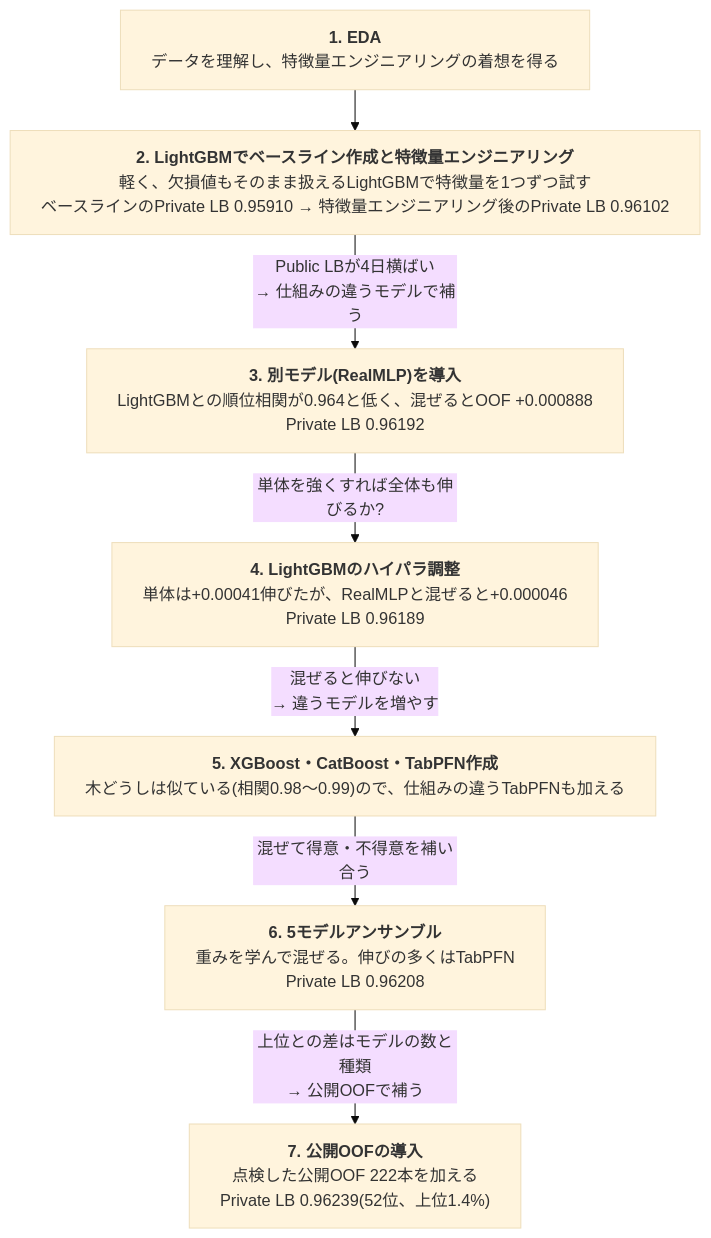
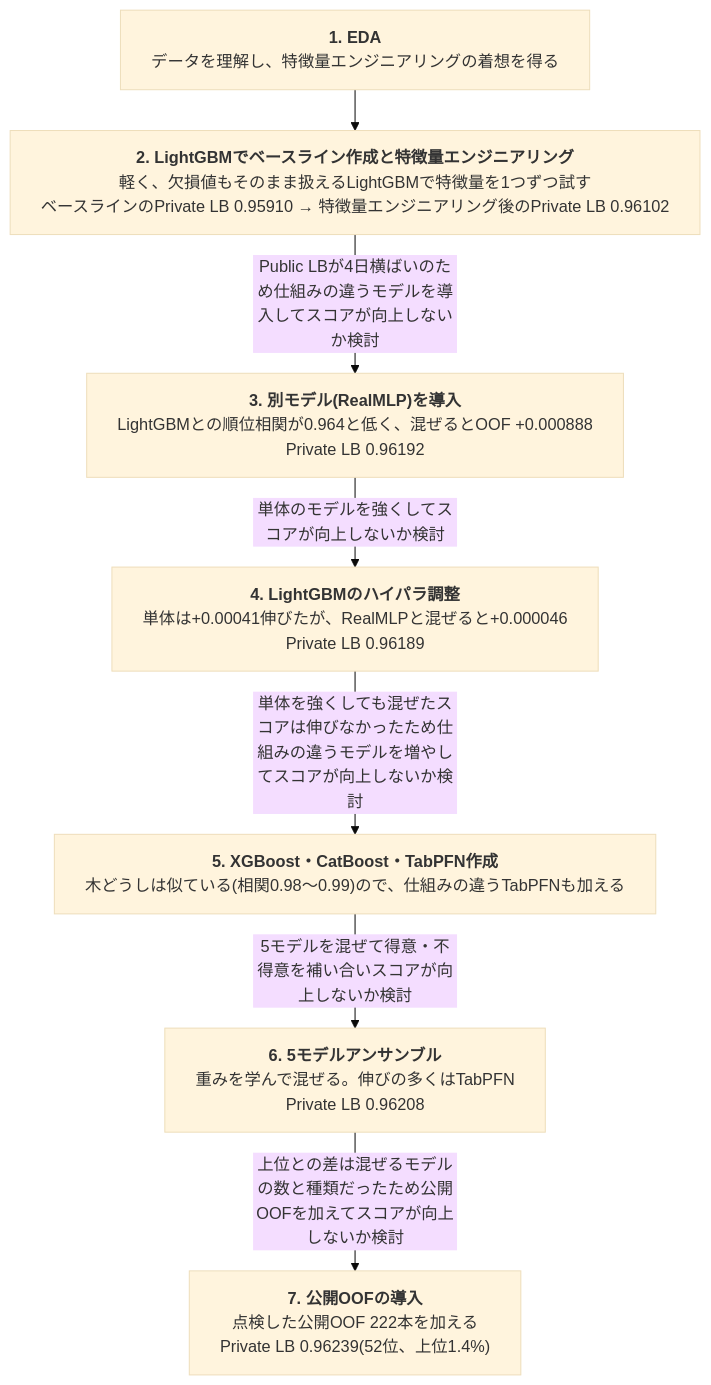
The first of 3 diagrams in README.md (aramaki5443-art/kaggle-s6e10-airline-satisfaction), drawn with Mermaid (base theme) before and after one commit.

Commit message:
README: フロー図の矢印のラベルを文章に(→と改行をやめる)
Claude-Session: https://claude.ai/code/session_01W4XQw12fApd9PttvvKTwbS

````diff
--- a/README.md
+++ b/README.md
@@ -21,22 +21,22 @@
 ```mermaid
 ---
 config:
   flowchart:
     wrappingWidth: 800
     rankSpacing: 40
 ---
 flowchart TD
   S1["<b>1. EDA</b><br>データを理解し、特徴量エンジニアリングの着想を得る"]
   S2["<b>2. LightGBMでベースライン作成と特徴量エンジニアリング</b><br>軽く、欠損値もそのまま扱えるLightGBMで特徴量を1つずつ試す<br>ベースラインのPrivate LB 0.95910 → 特徴量エンジニアリング後のPrivate LB 0.96102"]
   S3["<b>3. 別モデル(RealMLP)を導入</b><br>LightGBMとの順位相関が0.964と低く、混ぜるとOOF +0.000888<br>Private LB 0.96192"]
   S4["<b>4. LightGBMのハイパラ調整</b><br>単体は+0.00041伸びたが、RealMLPと混ぜると+0.000046<br>Private LB 0.96189"]
   S5["<b>5. XGBoost・CatBoost・TabPFN作成</b><br>木どうしは似ている(相関0.98〜0.99)ので、仕組みの違うTabPFNも加える"]
   S6["<b>6. 5モデルアンサンブル</b><br>重みを学んで混ぜる。伸びの多くはTabPFN<br>Private LB 0.96208"]
   S7["<b>7. 公開OOFの導入</b><br>点検した公開OOF 222本を加える<br>Private LB 0.96239(52位、上位1.4%)"]
   S1 --> S2
-  S2 -->|"Public LBが4日横ばい<br>→ 仕組みの違うモデルで補う"| S3
-  S3 -->|"単体を強くすれば全体も伸びるか?"| S4
-  S4 -->|"混ぜると伸びない<br>→ 違うモデルを増やす"| S5
-  S5 -->|"混ぜて得意・不得意を補い合う"| S6
-  S6 -->|"上位との差はモデルの数と種類<br>→ 公開OOFで補う"| S7
+  S2 -->|"Public LBが4日横ばいのため仕組みの違うモデルを導入してスコアが向上しないか検討"| S3
+  S3 -->|"単体のモデルを強くしてスコアが向上しないか検討"| S4
+  S4 -->|"単体を強くしても混ぜたスコアは伸びなかったため仕組みの違うモデルを増やしてスコアが向上しないか検討"| S5
+  S5 -->|"5モデルを混ぜて得意・不得意を補い合いスコアが向上しないか検討"| S6
+  S6 -->|"上位との差は混ぜるモデルの数と種類だったため公開OOFを加えてスコアが向上しないか検討"| S7
 ```
````
